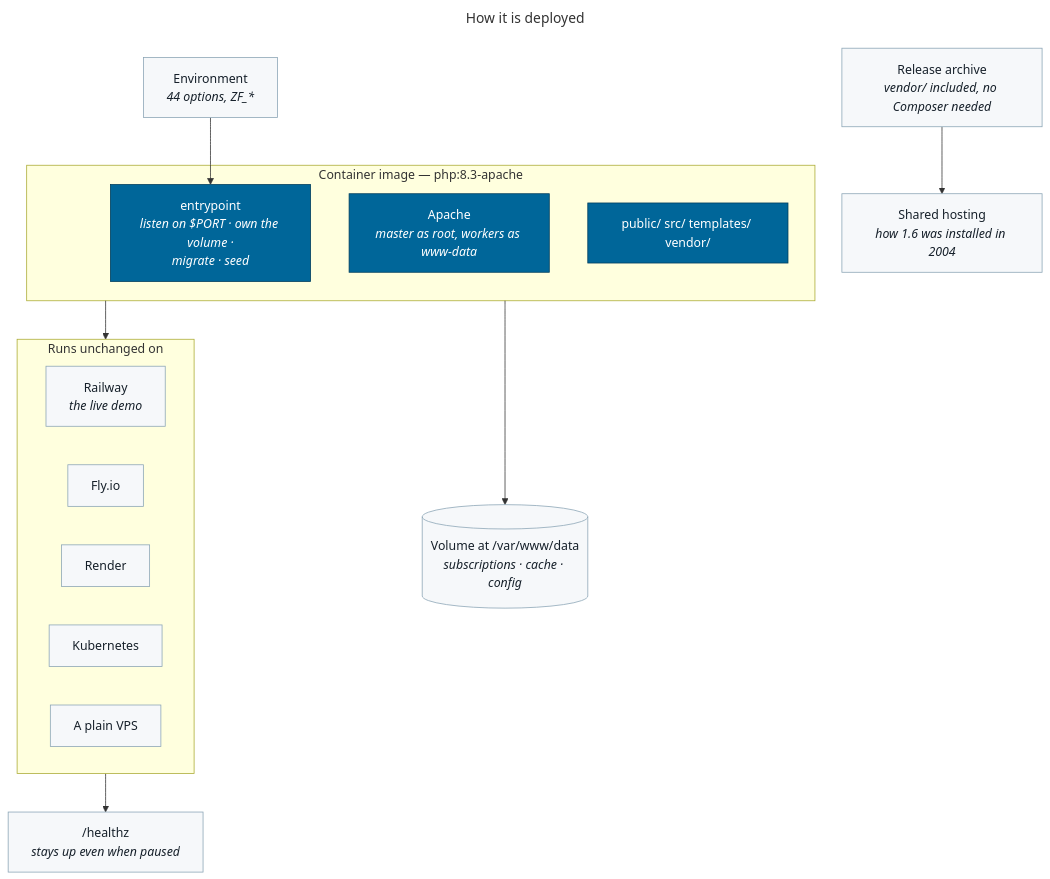
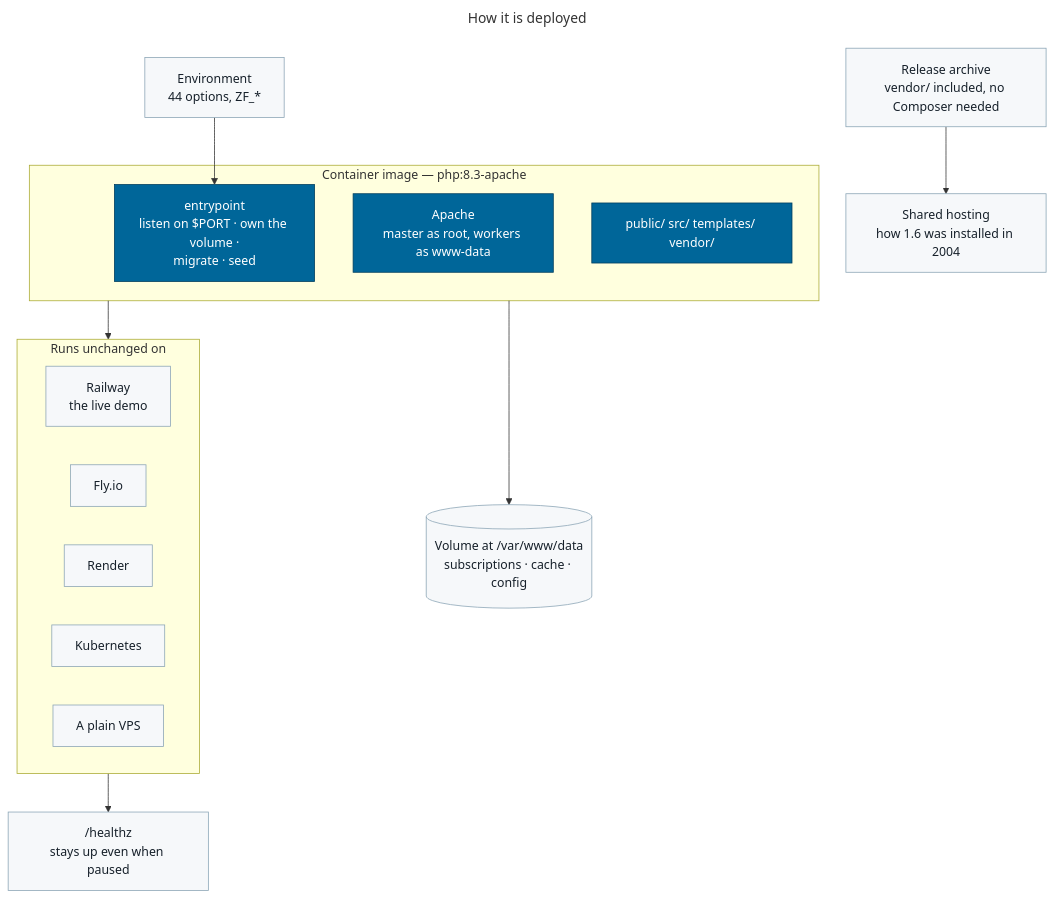
One commit to andreibesleaga/zfeeder changed the diagram in docs/diagrams/08-deployment.mmd. Above: the diagram before and after it, drawn with Mermaid. The commit also changed 22 other files, not shown here.

```diff
--- a/docs/diagrams/08-deployment.mmd
+++ b/docs/diagrams/08-deployment.mmd
@@ -1,36 +1,36 @@
 ---
 title: "How it is deployed"
 ---
 flowchart TB
     subgraph img["Container image — php:8.3-apache"]
-        ep["entrypoint<br/><i>listen on $PORT · own the volume ·<br/>migrate · seed</i>"]
-        ap["Apache<br/><i>master as root, workers as www-data</i>"]
+        ep["entrypoint<br/>listen on $PORT · own the volume ·<br/>migrate · seed"]
+        ap["Apache<br/>master as root, workers as www-data"]
         code["public/ src/ templates/ vendor/"]
     end
 
-    vol[("Volume at /var/www/data<br/><i>subscriptions · cache · config</i>")]
-    env["Environment<br/><i>44 options, ZF_*</i>"]
-    hc["/healthz<br/><i>stays up even when paused</i>"]
+    vol[("Volume at /var/www/data<br/>subscriptions · cache · config")]
+    env["Environment<br/>44 options, ZF_*"]
+    hc["/healthz<br/>stays up even when paused"]
 
     subgraph targets["Runs unchanged on"]
         direction LR
-        rw["Railway<br/><i>the live demo</i>"]
+        rw["Railway<br/>the live demo"]
         fly["Fly.io"]
         rn["Render"]
         k8["Kubernetes"]
         vps["A plain VPS"]
     end
 
-    zip["Release archive<br/><i>vendor/ included, no Composer needed</i>"]
-    shared["Shared hosting<br/><i>how 1.6 was installed in 2004</i>"]
+    zip["Release archive<br/>vendor/ included, no Composer needed"]
+    shared["Shared hosting<br/>how 1.6 was installed in 2004"]
 
     img --> vol
     env --> ep
     img --> targets
     targets --> hc
     zip --> shared
 
     classDef c fill:#006699,stroke:#003d5c,color:#fff
     classDef s fill:#f6f8fa,stroke:#8aa4b5,color:#16202a
     class ep,ap,code c
     class vol,env,hc,rw,fly,rn,k8,vps,zip,shared s
```
